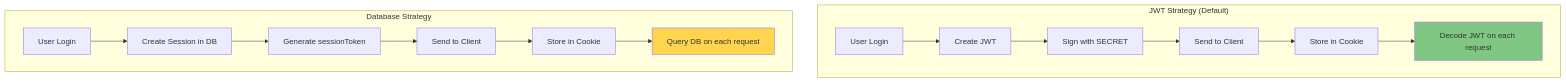
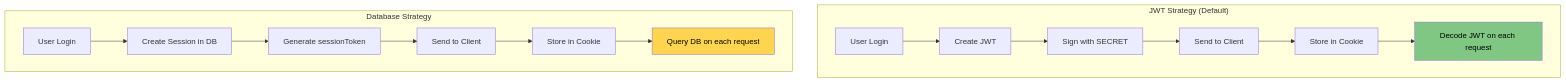
Diagram 18 of 39 in 02-DIAGRAMMES_ARCHITECTURES.md (inskillflow/auths-1-NEXTJS-introduction), drawn with Mermaid before and after one commit. The commit also changed other lines of this file, not shown here.

````diff
--- a/02-DIAGRAMMES_ARCHITECTURES.md
+++ b/02-DIAGRAMMES_ARCHITECTURES.md
@@ -606,21 +606,21 @@
 ```mermaid
 graph TB
     subgraph "JWT Strategy (Default)"
         A1[User Login] --> B1[Create JWT]
         B1 --> C1[Sign with SECRET]
         C1 --> D1[Send to Client]
         D1 --> E1[Store in Cookie]
         E1 --> F1[Decode JWT on each request]
     end
     
     subgraph "Database Strategy"
         A2[User Login] --> B2[Create Session in DB]
         B2 --> C2[Generate sessionToken]
         C2 --> D2[Send to Client]
         D2 --> E2[Store in Cookie]
         E2 --> F2[Query DB on each request]
     end
     
-    style F1 fill:#81c784
-    style F2 fill:#ffd54f
+    style F1 fill:#81c784,color:#000
+    style F2 fill:#ffd54f,color:#000
 ```
````
